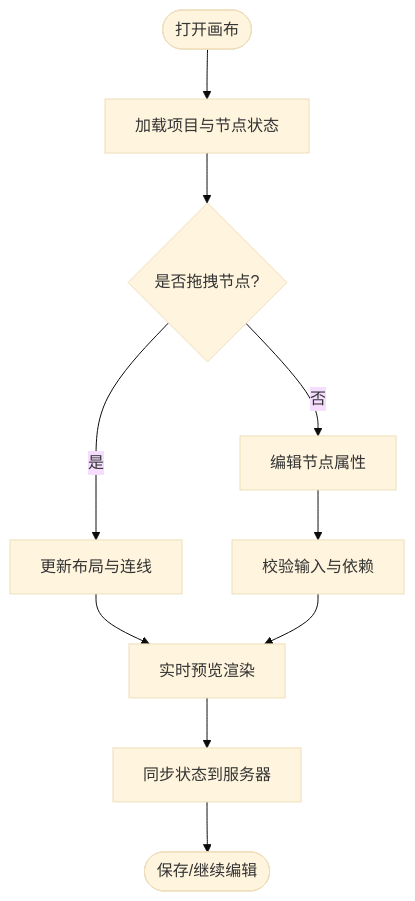
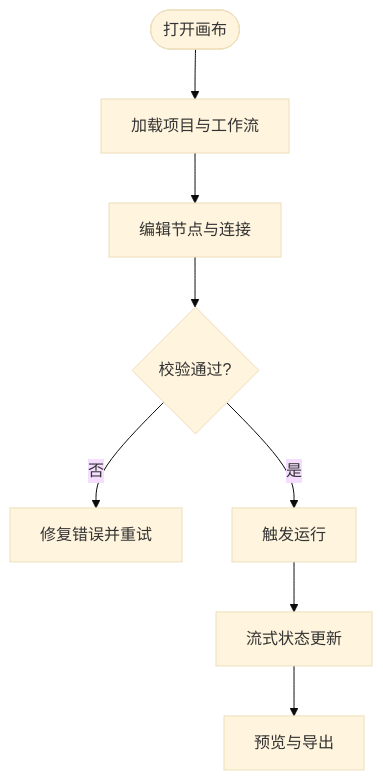
One commit to scottcwy/PurpleInk changed the fourth of 8 diagrams in .qoder/repowiki/zh/content/项目概述/核心功能特性/核心功能特性.md. Above: the diagram before and after it, drawn with Mermaid (base theme). The commit also changed other lines of this file and 872 other files, not shown here.

````diff
--- a/.qoder/repowiki/zh/content/项目概述/核心功能特性/核心功能特性.md
+++ b/.qoder/repowiki/zh/content/项目概述/核心功能特性/核心功能特性.md
@@ -189,12 +188,10 @@
 ```mermaid
 flowchart TD
-Start(["打开画布"]) --> Load["加载项目与节点状态"]
-Load --> Drag{"是否拖拽节点?"}
-Drag --> |是| UpdateLayout["更新布局与连线"]
-UpdateLayout --> Preview["实时预览渲染"]
-Drag --> |否| EditProps["编辑节点属性"]
-EditProps --> Validate["校验输入与依赖"]
-Validate --> Preview
-Preview --> Sync["同步状态到服务器"]
-Sync --> End(["保存/继续编辑"])
+Start(["打开画布"]) --> LoadProject["加载项目与工作流"]
+LoadProject --> EditNodes["编辑节点与连接"]
+EditNodes --> Validate{"校验通过?"}
+Validate --> |否| FixErrors["修复错误并重试"]
+Validate --> |是| TriggerRun["触发运行"]
+TriggerRun --> StreamStatus["流式状态更新"]
+StreamStatus --> Preview["预览与导出"]
 ```
````
